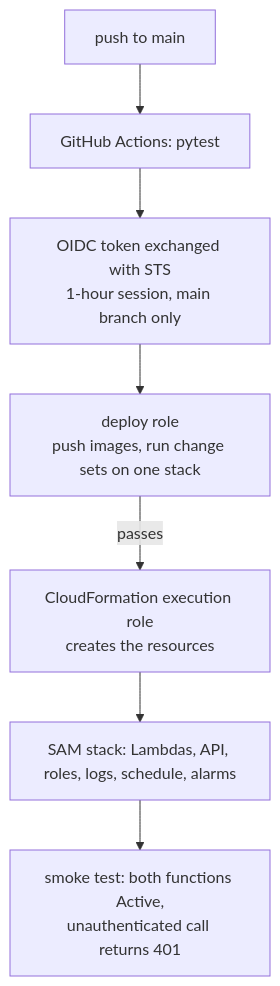
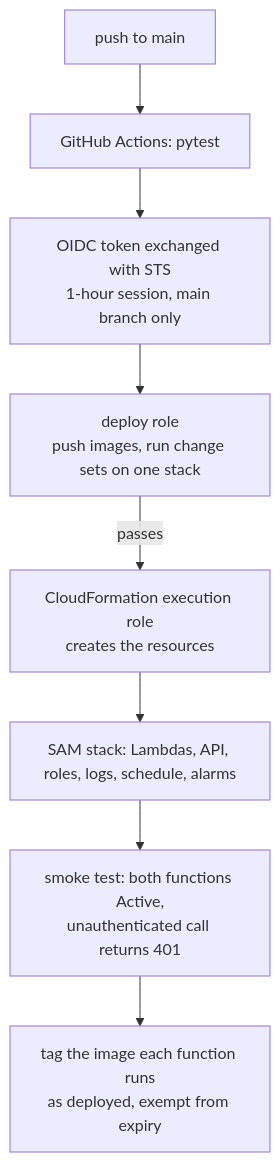
Before and after one commit to C0k11/quantai: the eighth of 8 diagrams in README.md, drawn with Mermaid. The commit also changed other lines of this file, not shown here.

````diff
--- a/README.md
+++ b/README.md
@@ -324,9 +324,10 @@
 ```mermaid
 flowchart TB
     PUSH["push to main"] --> TEST["GitHub Actions: pytest"]
     TEST --> OIDC["OIDC token exchanged with STS<br/>1-hour session, main branch only"]
     OIDC --> DEP["deploy role<br/>push images, run change sets on one stack"]
     DEP -->|"passes"| CFN["CloudFormation execution role<br/>creates the resources"]
     CFN --> APP["SAM stack: Lambdas, API, roles, logs, schedule, alarms"]
     APP --> SMOKE["smoke test: both functions Active,<br/>unauthenticated call returns 401"]
+    SMOKE --> PIN["tag the image each function runs<br/>as deployed, exempt from expiry"]
 ```
````
